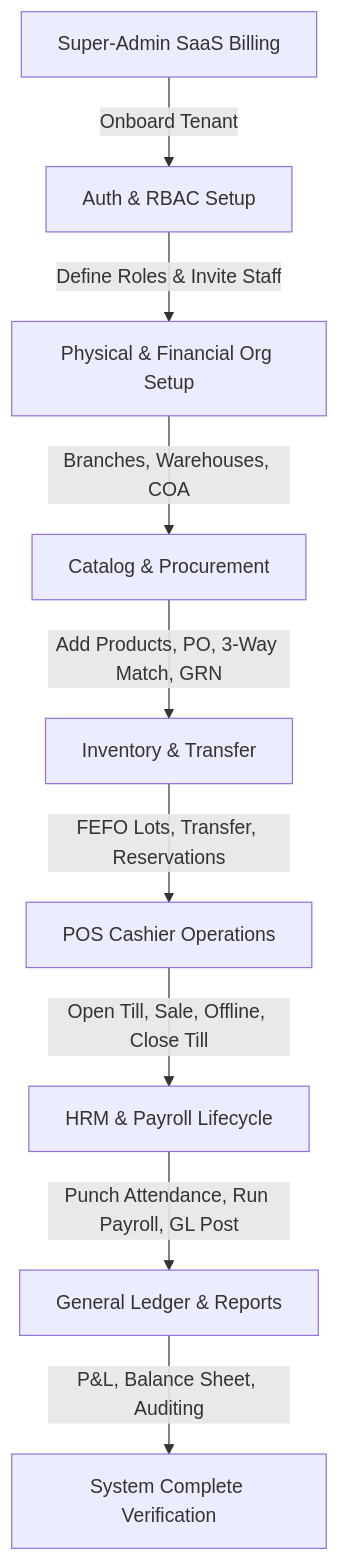
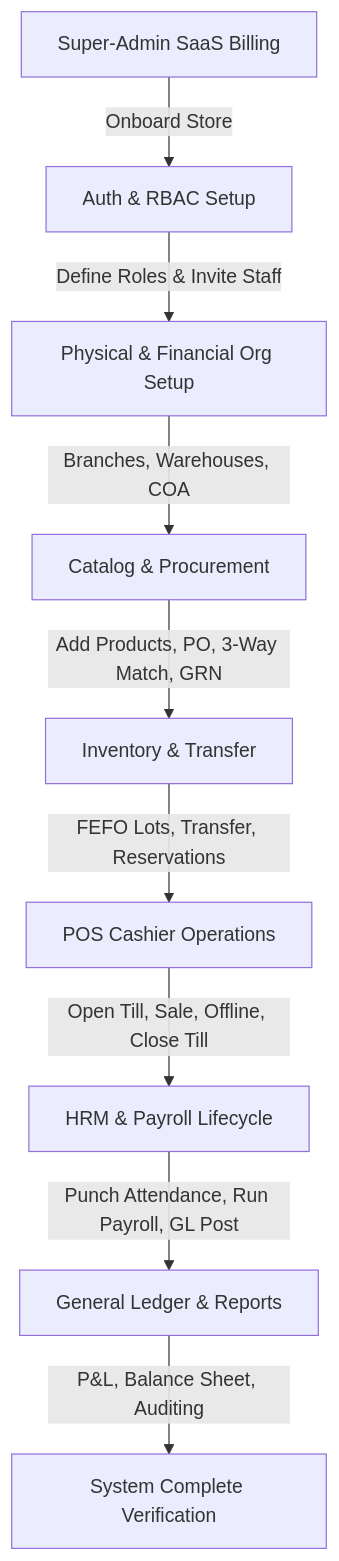
The diagram in doc/manuals/10_MANUAL_TESTING_GUIDELINE.md (gowtamkumar/eCommerce-multi-store-saas-erp), drawn with Mermaid before and after one commit. The commit also changed other lines of this file and 764 other files, not shown here.

````diff
--- a/doc/manuals/10_MANUAL_TESTING_GUIDELINE.md
+++ b/doc/manuals/10_MANUAL_TESTING_GUIDELINE.md
@@ -18,11 +18,11 @@
 ```mermaid
 graph TD
-    A[Super-Admin SaaS Billing] -->|Onboard Tenant| B[Auth & RBAC Setup]
+    A[Super-Admin SaaS Billing] -->|Onboard Store| B[Auth & RBAC Setup]
     B -->|Define Roles & Invite Staff| C[Physical & Financial Org Setup]
     C -->|Branches, Warehouses, COA| D[Catalog & Procurement]
     D -->|Add Products, PO, 3-Way Match, GRN| E[Inventory & Transfer]
     E -->|FEFO Lots, Transfer, Reservations| F[POS Cashier Operations]
     F -->|Open Till, Sale, Offline, Close Till| G[HRM & Payroll Lifecycle]
     G -->|Punch Attendance, Run Payroll, GL Post| H[General Ledger & Reports]
     H -->|P&L, Balance Sheet, Auditing| I[System Complete Verification]
 ```
````
